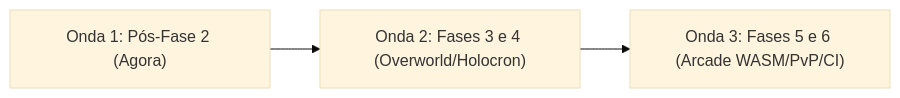
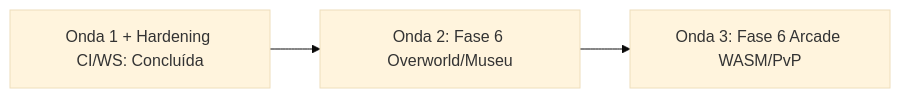
One commit to Digooow/pokedex-frontend changed the third of 3 diagrams in docs/13-dossie-de-seguranca-e-blindagem.md. Above: the diagram before and after it, drawn with Mermaid (base theme). The commit also changed other lines of this file and 33 other files, not shown here.

````diff
--- a/docs/13-dossie-de-seguranca-e-blindagem.md
+++ b/docs/13-dossie-de-seguranca-e-blindagem.md
@@ -254,5 +256,5 @@
 ```mermaid
 flowchart LR
-  O1["Onda 1: Pós-Fase 2 (Agora)"] --> O2["Onda 2: Fases 3 e 4 (Overworld/Holocron)"]
-  O2 --> O3["Onda 3: Fases 5 e 6 (Arcade WASM/PvP/CI)"]
+  O1["Onda 1 + Hardening CI/WS: Concluída"] --> O2["Onda 2: Fase 6 Overworld/Museu"]
+  O2 --> O3["Onda 3: Fase 6 Arcade WASM/PvP"]
 ```
````
